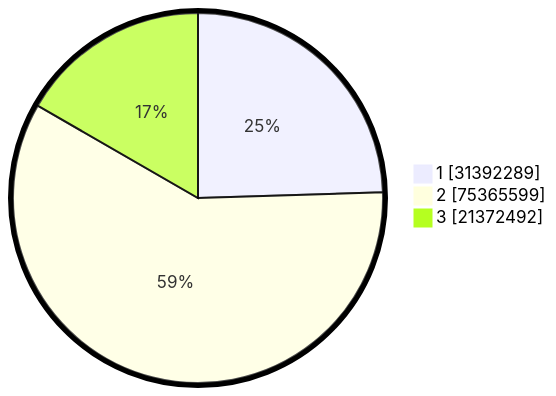
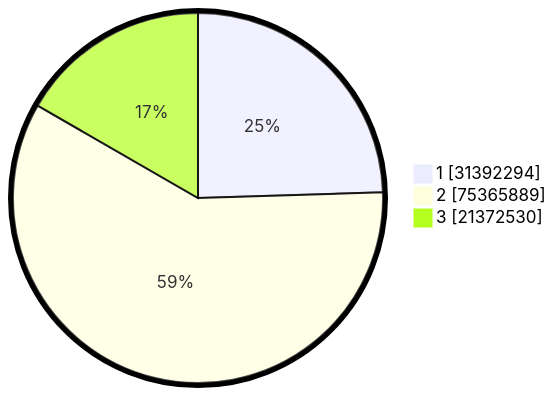
The second of 2 diagrams in pilpres/hitung-suara/README.md (gigit-pemilu/pemilu-2024), drawn with Mermaid before and after one commit. The commit also changed other lines of this file and 4 other files, not shown here.

````diff
--- a/pilpres/hitung-suara/README.md
+++ b/pilpres/hitung-suara/README.md
@@ -93,7 +93,7 @@
 ```mermaid
 %%{init: {"pie": {"textPosition": 0.5}, "themeVariables": {"pieOuterStrokeWidth": "5px"}} }%%
 pie showData
-    "1" : 31392289
-    "2" : 75365599
-    "3" : 21372492
+    "1" : 31392294
+    "2" : 75365889
+    "3" : 21372530
 ```
````
